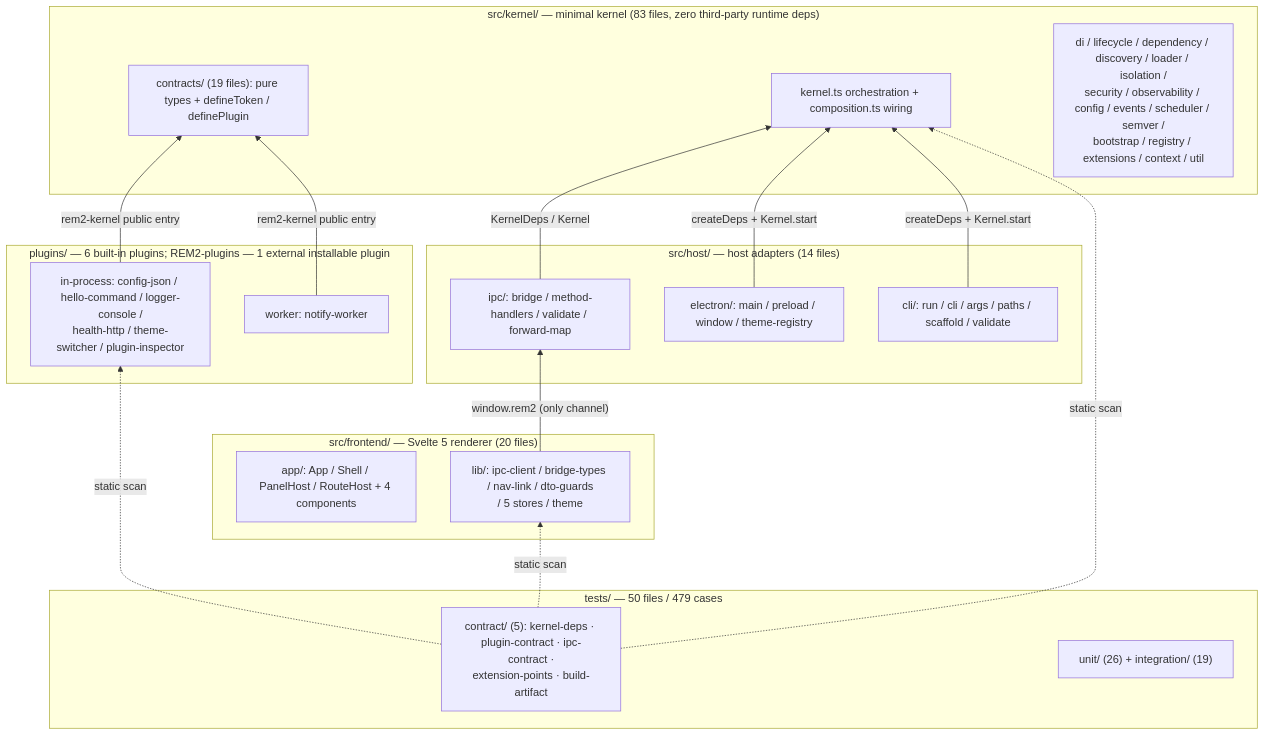
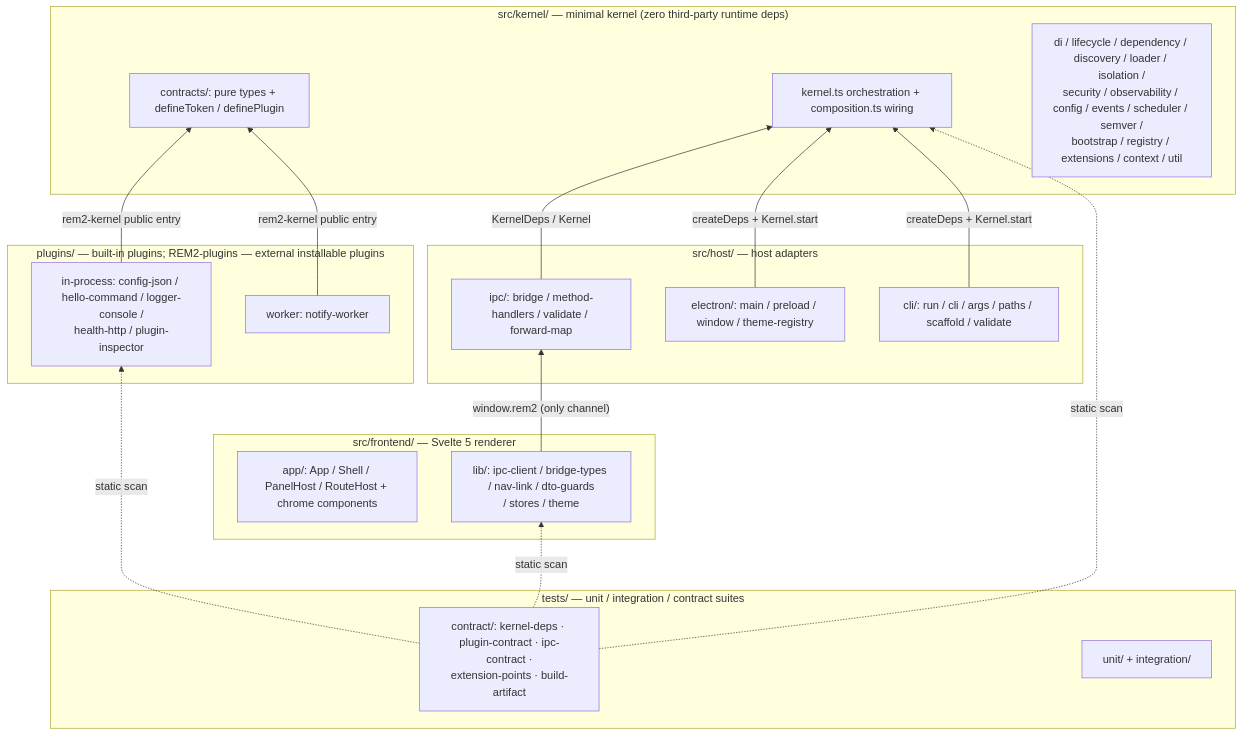
The first of 5 diagrams in docs/en/01-architecture-overview.md (kino14910/REM2), drawn with Mermaid before and after one commit. The commit also changed other lines of this file and 13 other files, not shown here.

````diff
--- a/docs/en/01-architecture-overview.md
+++ b/docs/en/01-architecture-overview.md
@@ -19,39 +19,39 @@
 ```mermaid
 graph BT
-    subgraph L1["plugins/ — 6 built-in plugins; REM2-plugins — 1 external installable plugin"]
-        PA["in-process: config-json / hello-command / logger-console /<br/>health-http / theme-switcher / plugin-inspector"]
+    subgraph L1["plugins/ — built-in plugins; REM2-plugins — external installable plugins"]
+        PA["in-process: config-json / hello-command / logger-console /<br/>health-http / plugin-inspector"]
         PB["worker: notify-worker"]
     end
 
-    subgraph L2["src/frontend/ — Svelte 5 renderer (20 files)"]
-        FA["app/: App / Shell / PanelHost / RouteHost + 4 components"]
-        FB["lib/: ipc-client / bridge-types / nav-link / dto-guards<br/>/ 5 stores / theme"]
+    subgraph L2["src/frontend/ — Svelte 5 renderer"]
+        FA["app/: App / Shell / PanelHost / RouteHost + chrome components"]
+        FB["lib/: ipc-client / bridge-types / nav-link / dto-guards<br/>/ stores / theme"]
     end
 
-    subgraph L3["src/host/ — host adapters (14 files)"]
+    subgraph L3["src/host/ — host adapters"]
         HA["electron/: main / preload / window / theme-registry"]
         HB["ipc/: bridge / method-handlers / validate / forward-map"]
         HC["cli/: run / cli / args / paths / scaffold / validate"]
     end
 
-    subgraph L4["src/kernel/ — minimal kernel (83 files, zero third-party runtime deps)"]
-        KA["contracts/ (19 files): pure types + defineToken / definePlugin"]
+    subgraph L4["src/kernel/ — minimal kernel (zero third-party runtime deps)"]
+        KA["contracts/: pure types + defineToken / definePlugin"]
         KB["kernel.ts orchestration + composition.ts wiring"]
         KC["di / lifecycle / dependency / discovery / loader / isolation /<br/>security / observability / config / events / scheduler / semver /<br/>bootstrap / registry / extensions / context / util"]
     end
 
-    subgraph L5["tests/ — 50 files / 479 cases"]
-        TA["contract/ (5): kernel-deps · plugin-contract · ipc-contract ·<br/>extension-points · build-artifact"]
-        TB["unit/ (26) + integration/ (19)"]
+    subgraph L5["tests/ — unit / integration / contract suites"]
+        TA["contract/: kernel-deps · plugin-contract · ipc-contract ·<br/>extension-points · build-artifact"]
+        TB["unit/ + integration/"]
     end
 
     FB -->|"window.rem2 (only channel)"| HB
     HB -->|"KernelDeps / Kernel"| KB
     HA -->|"createDeps + Kernel.start"| KB
     HC -->|"createDeps + Kernel.start"| KB
     PA -->|"rem2-kernel public entry"| KA
     PB -->|"rem2-kernel public entry"| KA
     TA -.->|"static scan"| KB
     TA -.->|"static scan"| FB
     TA -.->|"static scan"| PA
 ```
````
